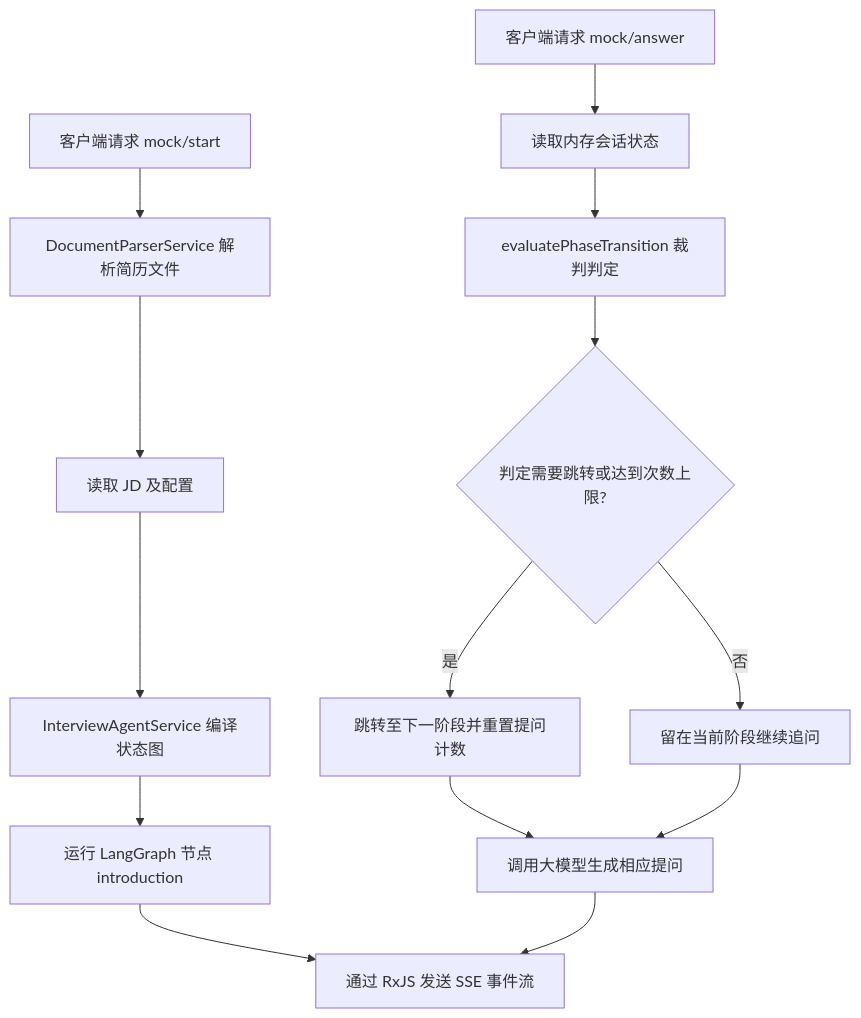
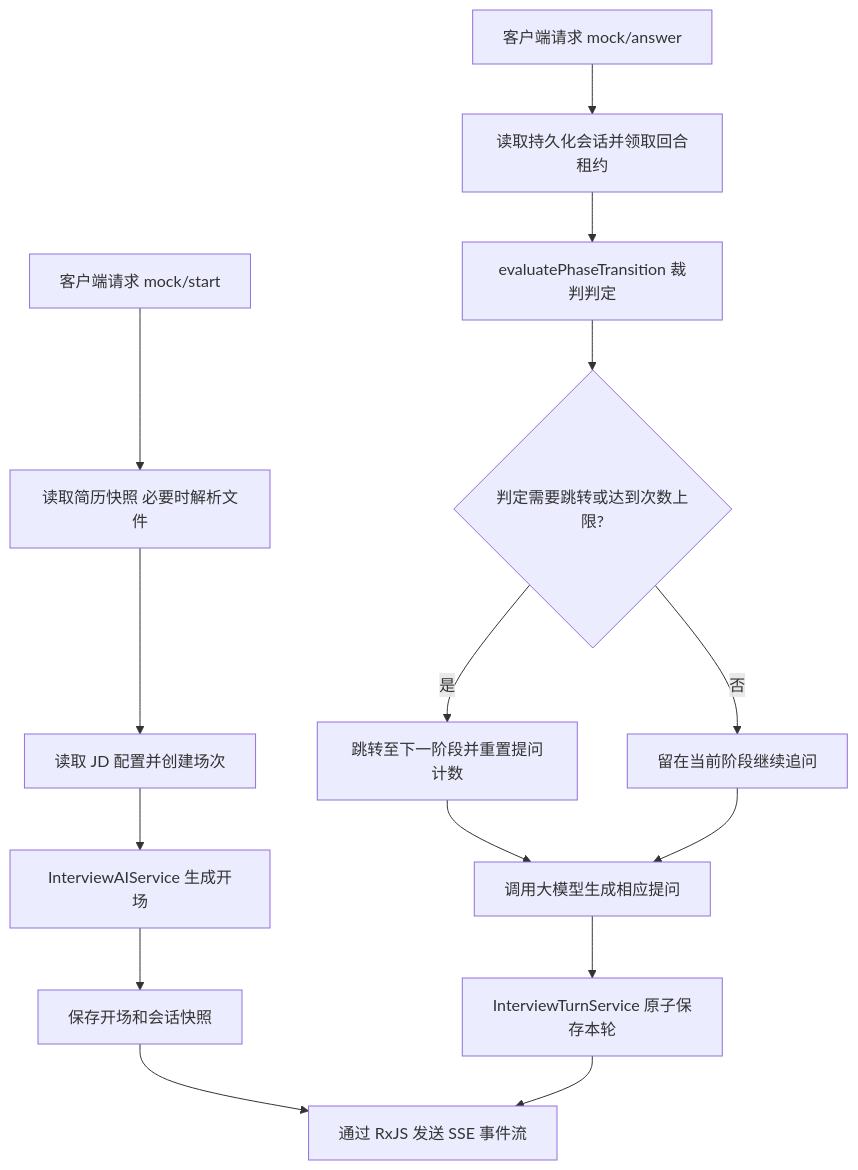
The first of 4 diagrams in apps/server/src/interview/Agent.md (KlayPeter/man-shi-mai), drawn with Mermaid before and after one commit. The commit also changed other lines of this file and 25 other files, not shown here.

````diff
--- a/apps/server/src/interview/Agent.md
+++ b/apps/server/src/interview/Agent.md
@@ -13,17 +13,18 @@
 ```mermaid
 graph TD
-    Client[客户端请求 mock/start] --> ParseResume[DocumentParserService 解析简历文件]
-    ParseResume --> LoadJD[读取 JD 及配置]
-    LoadJD --> CompileGraph[InterviewAgentService 编译状态图]
-    CompileGraph --> RunGraph[运行 LangGraph 节点 introduction]
-    RunGraph --> SSE[通过 RxJS 发送 SSE 事件流]
+    Client[客户端请求 mock/start] --> ParseResume[读取简历快照 必要时解析文件]
+    ParseResume --> LoadJD[读取 JD 配置并创建场次]
+    LoadJD --> Opening[InterviewAIService 生成开场]
+    Opening --> SaveOpening[保存开场和会话快照]
+    SaveOpening --> SSE[通过 RxJS 发送 SSE 事件流]
     
-    Client2[客户端请求 mock/answer] --> LoadState[读取内存会话状态]
+    Client2[客户端请求 mock/answer] --> LoadState[读取持久化会话并领取回合租约]
     LoadState --> RouteJudge[evaluatePhaseTransition 裁判判定]
     RouteJudge --> ReachedLimit{判定需要跳转或达到次数上限?}
     ReachedLimit -- 是 --> StateMove[跳转至下一阶段并重置提问计数]
     ReachedLimit -- 否 --> StateStay[留在当前阶段继续追问]
     StateMove --> RunLLM[调用大模型生成相应提问]
     StateStay --> RunLLM
-    RunLLM --> SSE
+    RunLLM --> SaveTurn[InterviewTurnService 原子保存本轮]
+    SaveTurn --> SSE
 ```
````
